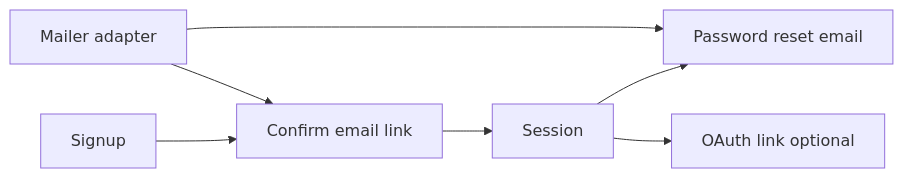
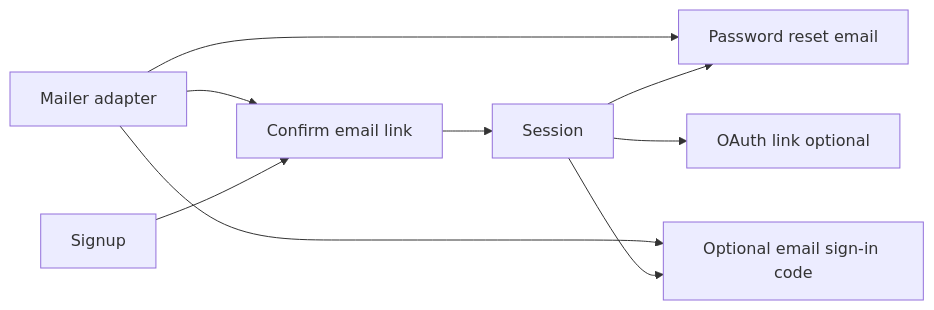
The second of 2 diagrams in docs/AUTH_ROADMAP.md (h0lyvltron/school-nanny), drawn with Mermaid before and after one commit. The commit also changed other lines of this file and 35 other files, not shown here.

````diff
--- a/docs/AUTH_ROADMAP.md
+++ b/docs/AUTH_ROADMAP.md
@@ -189,9 +191,11 @@
 ```mermaid
 flowchart LR
   signup[Signup] --> confirm[Confirm email link]
   confirm --> session[Session]
   session --> reset[Password reset email]
+  session --> code[Optional email sign-in code]
   session --> oauth[OAuth link optional]
   mailer[Mailer adapter] --> confirm
   mailer --> reset
+  mailer --> code
 ```
````
